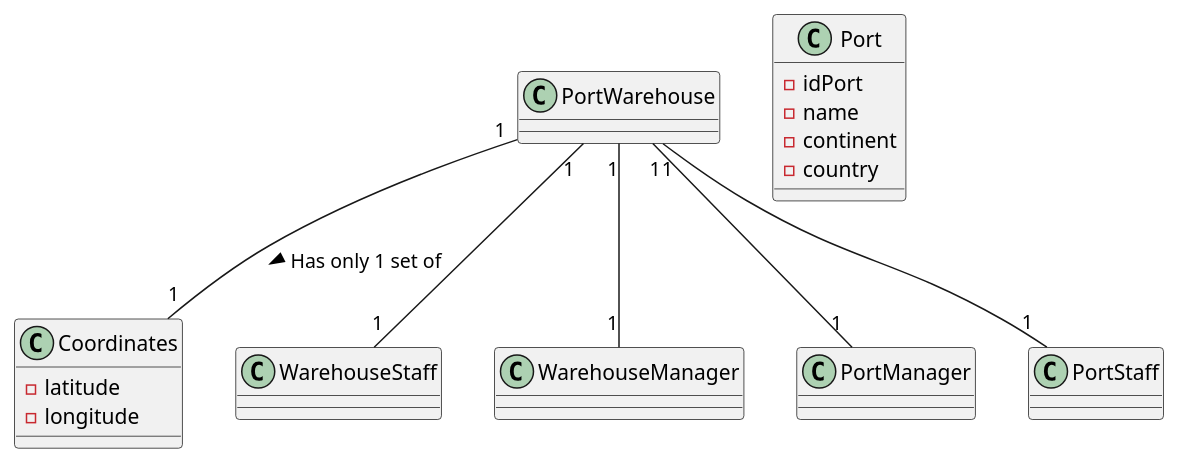
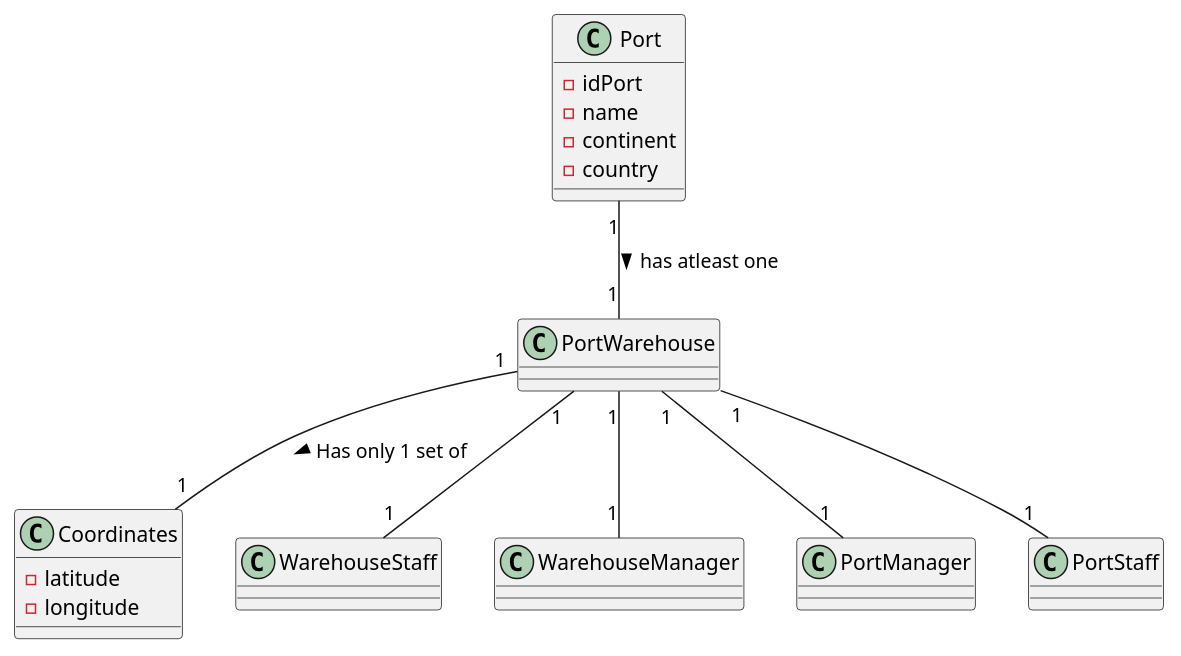
The diagram in docs/Sprint2/US201/dm.puml (mpoboas/lapr3-2021-g102), drawn with PlantUML before and after one commit. The commit also changed 3 other files, not shown here.

```diff
--- a/docs/Sprint2/US201/dm.puml
+++ b/docs/Sprint2/US201/dm.puml
@@ -1,29 +1,30 @@
 @startuml
 class Coordinates{
 -latitude
 -longitude
 }
 class Port {
 -idPort
 -name
 -continent
 -country
 }
 class WarehouseStaff {
 }
 
 class WarehouseManager {
 }
 
 class PortManager {
 }
 
 class PortStaff {
 }
+Port "1" -- "1" PortWarehouse : has atleast one >
 PortWarehouse "1" -- "1" Coordinates : Has only 1 set of >
 PortWarehouse "1" -- "1" WarehouseManager
 PortWarehouse "1" -- "1" WarehouseStaff
 PortWarehouse "1" -- "1" PortManager
 PortWarehouse "1" -- "1" PortStaff
 
 @enduml
```
